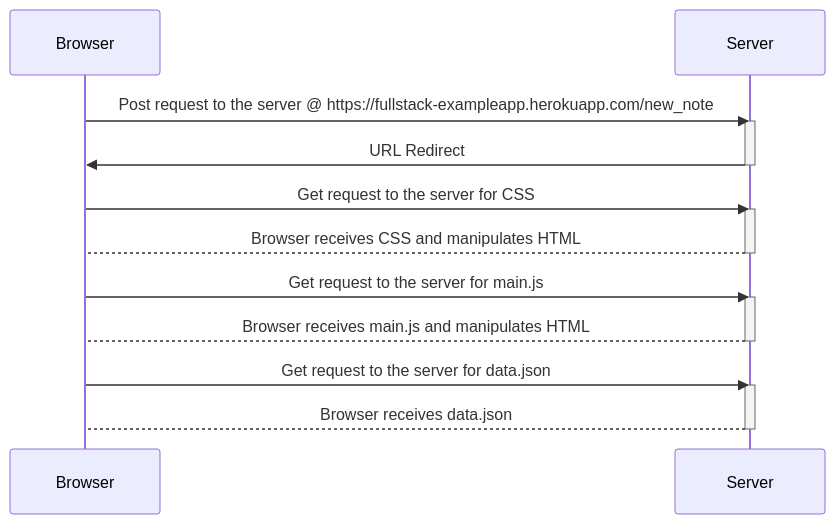
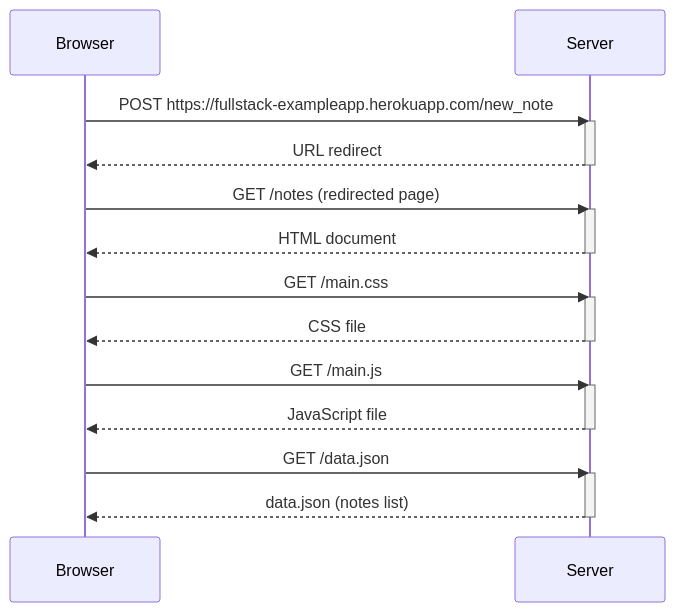
The diagram in part0/excercise04.md (Ampparamppa/FSO_Submissions), drawn with Mermaid before and after one commit. The commit also changed other lines of this file, not shown here.

````diff
--- a/part0/excercise04.md
+++ b/part0/excercise04.md
@@ -3,26 +1,30 @@
 ```mermaid
 sequenceDiagram
     participant Browser
     participant Server
 
-Browser ->> Server: Post request to the server @ https://fullstack-exampleapp.herokuapp.com/new_note
-activate Server
-Server ->> Browser: URL Redirect
-deactivate Server
+    Browser->>Server: POST https://fullstack-exampleapp.herokuapp.com/new_note
+    activate Server
+    Server-->>Browser: URL redirect
+    deactivate Server
 
-Browser ->> Server: Get request to the server for CSS
-activate Server
-Server --> Browser: Browser receives CSS and manipulates HTML
-deactivate Server
+    Browser->>Server: GET /notes (redirected page)
+    activate Server
+    Server-->>Browser: HTML document
+    deactivate Server
 
-Browser ->> Server: Get request to the server for main.js
-activate Server
-Server --> Browser: Browser receives main.js and manipulates HTML
-deactivate Server
+    Browser->>Server: GET /main.css
+    activate Server
+    Server-->>Browser: CSS file
+    deactivate Server
 
-Browser ->> Server: Get request to the server for data.json
-activate Server
-Server --> Browser: Browser receives data.json
-deactivate Server
+    Browser->>Server: GET /main.js
+    activate Server
+    Server-->>Browser: JavaScript file
+    deactivate Server
 
+    Browser->>Server: GET /data.json
+    activate Server
+    Server-->>Browser: data.json (notes list)
+    deactivate Server
 ```
````
